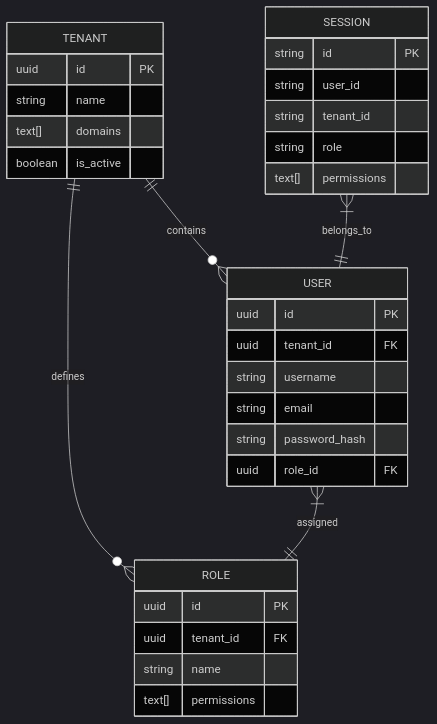
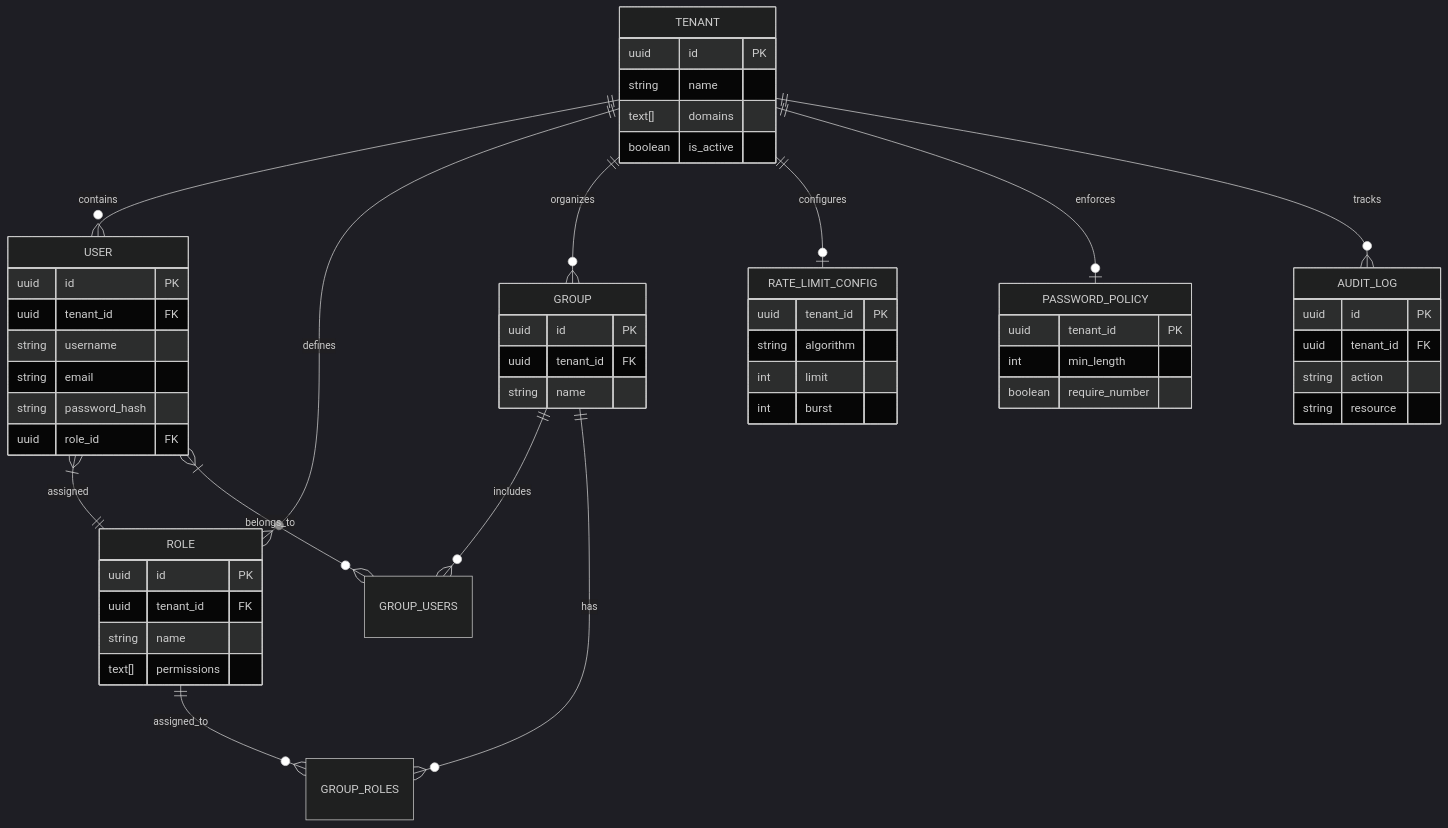
The diagram in README.md (Hari-Krishna-Moorthy/iam), drawn with Mermaid (dark theme) before and after one commit. The commit also changed other lines of this file, not shown here.

Commit message:
docs: update README with new features and architecture diagrams

````diff
--- a/README.md
+++ b/README.md
@@ -53,38 +54,63 @@
 ```mermaid
 erDiagram
     TENANT ||--o{ USER : contains
     TENANT ||--o{ ROLE : defines
+    TENANT ||--o{ GROUP : organizes
+    TENANT ||--o| RATE_LIMIT_CONFIG : configures
+    TENANT ||--o| PASSWORD_POLICY : enforces
+    TENANT ||--o{ AUDIT_LOG : tracks
     USER }|--|| ROLE : assigned
-    SESSION }|--|| USER : belongs_to
+    USER }|--o{ GROUP_USERS : belongs_to
+    GROUP ||--o{ GROUP_USERS : includes
+    GROUP ||--o{ GROUP_ROLES : has
+    ROLE ||--o{ GROUP_ROLES : assigned_to
 
     TENANT {
         uuid id PK
         string name
         text[] domains
         boolean is_active
     }
 
     USER {
         uuid id PK
         uuid tenant_id FK
         string username
         string email
         string password_hash
         uuid role_id FK
     }
 
     ROLE {
         uuid id PK
         uuid tenant_id FK
         string name
         text[] permissions
     }
 
-    SESSION {
-        string id PK
-        string user_id
-        string tenant_id
-        string role
-        text[] permissions
+    GROUP {
+        uuid id PK
+        uuid tenant_id FK
+        string name
+    }
+
+    RATE_LIMIT_CONFIG {
+        uuid tenant_id PK
+        string algorithm
+        int limit
+        int burst
+    }
+    
+    PASSWORD_POLICY {
+        uuid tenant_id PK
+        int min_length
+        boolean require_number
+    }
+
+    AUDIT_LOG {
+        uuid id PK
+        uuid tenant_id FK
+        string action
+        string resource
     }
 ```
````
